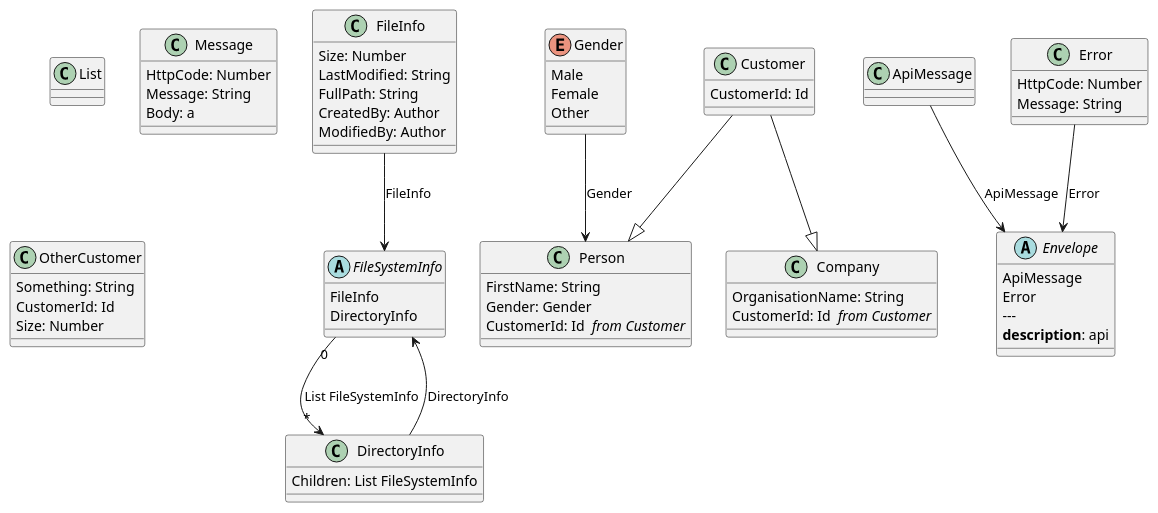
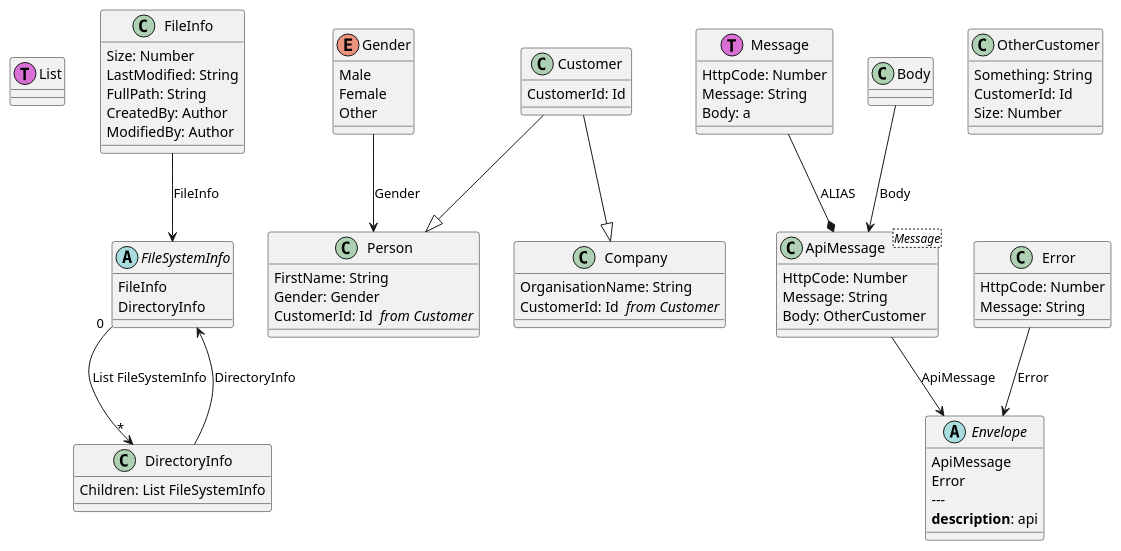
The diagram in Examples/.out/FileSystem/FileSystem.puml (Baudin999/car-lang), drawn with PlantUML before and after one commit. The commit also changed 10 other files, not shown here.

Commit message:
Working on getting the right relationships in the ERD

```diff
--- a/Examples/.out/FileSystem/FileSystem.puml
+++ b/Examples/.out/FileSystem/FileSystem.puml
@@ -1,62 +1,69 @@
-class List {
+class List<< (T,orchid) >> {
 }
 class FileInfo {
 	Size: Number 
 	LastModified: String 
 	FullPath: String 
 	CreatedBy: Author 
 	ModifiedBy: Author 
 }
 class DirectoryInfo {
 	Children: List FileSystemInfo
 }
 FileSystemInfo "0" --> "*" DirectoryInfo : List FileSystemInfo
 abstract FileSystemInfo {
 	FileInfo
 	DirectoryInfo
 }
 FileInfo --> FileSystemInfo : FileInfo
 DirectoryInfo --> FileSystemInfo : DirectoryInfo
 enum Gender {
 	Male
 	Female
 	Other
 }
 class Person {
 	FirstName: String 
 	Gender: Gender 
 	CustomerId: Id  <i>from Customer</i>
 }
 Gender --> Person : Gender
 Customer --|> Person
 class Company {
 	OrganisationName: String 
 	CustomerId: Id  <i>from Customer</i>
 }
 Customer --|> Company
 class Customer {
 	CustomerId: Id 
 }
 abstract Envelope {
 	ApiMessage
 	Error
   ---
   <b>description</b>: api
     
 }
 ApiMessage --> Envelope : ApiMessage
 Error --> Envelope : Error
-class Message {
+class Message<< (T,orchid) >> {
 	HttpCode: Number 
 	Message: String 
 	Body: a 
 }
 class OtherCustomer {
 	Something: String 
 	CustomerId: Id 
 	Size: Number 
 }
+class ApiMessage<Message> {
+	HttpCode: Number 
+	Message: String 
+	Body: OtherCustomer 
+}
+Body --> ApiMessage : Body
+Message --* ApiMessage: ALIAS
 class Error {
 	HttpCode: Number 
 	Message: String 
 }
```
